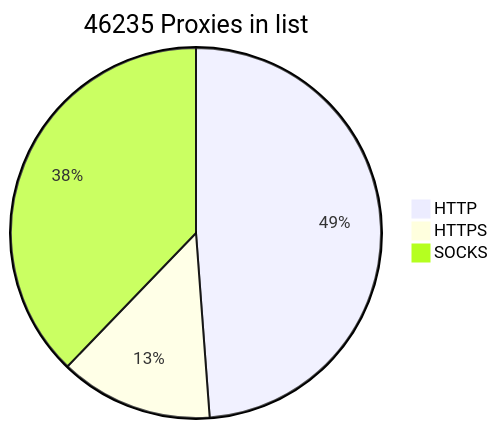
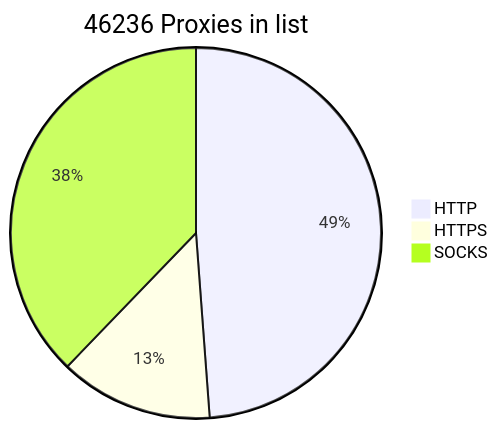
One commit to BlackSnowDot/proxylist-update-every-minute changed the diagram in README.md. Above: the diagram before and after it, drawn with Mermaid.

````diff
--- a/README.md
+++ b/README.md
@@ -2,6 +2,6 @@
 ```mermaid
-pie title 46235 Proxies in list
+pie title 46236 Proxies in list
     "HTTP" : 25114
-    "HTTPS": 6885
+    "HTTPS": 6886
     "SOCKS" : 19443
 ```
````
